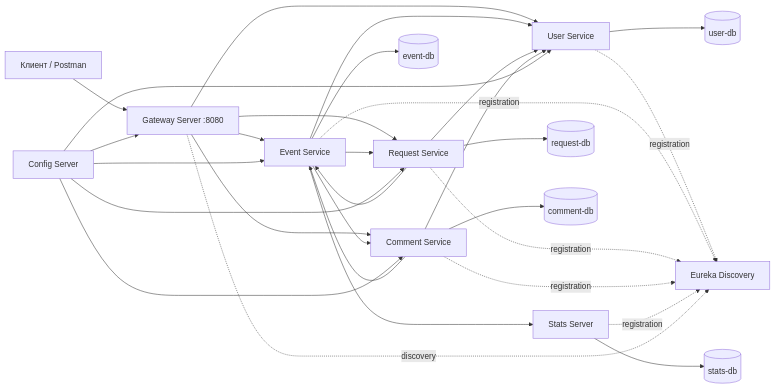
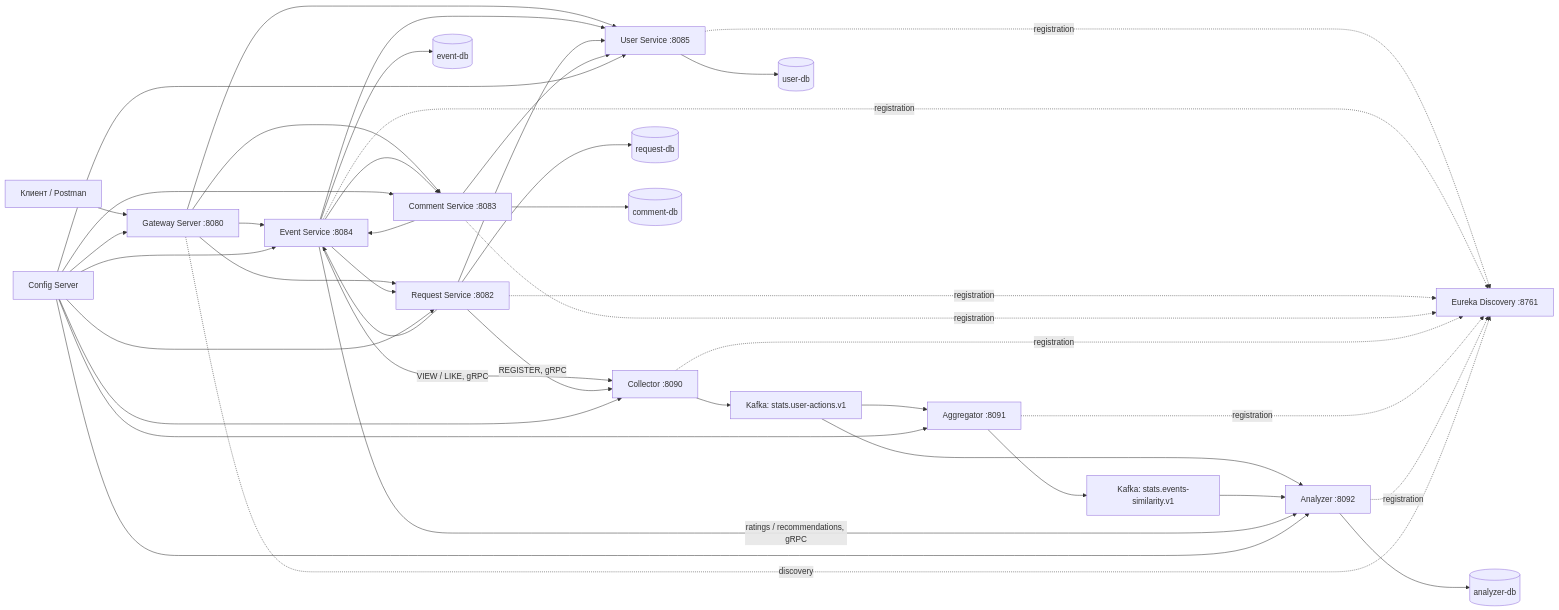
Before and after one commit to se-br20/java-explore-with-me-plus: the diagram in README.md, drawn with Mermaid. The commit also changed other lines of this file and 125 other files, not shown here.

````diff
--- a/README.md
+++ b/README.md
@@ -24,39 +33,53 @@
 ```mermaid
 flowchart LR
     Client[Клиент / Postman] --> Gateway[Gateway Server :8080]
 
-    Gateway --> User[User Service]
-    Gateway --> Event[Event Service]
-    Gateway --> Request[Request Service]
-    Gateway --> Comment[Comment Service]
+    Gateway --> User[User Service :8085]
+    Gateway --> Event[Event Service :8084]
+    Gateway --> Request[Request Service :8082]
+    Gateway --> Comment[Comment Service :8083]
 
     Event --> User
     Event --> Request
     Event --> Comment
-    Event --> Stats[Stats Server]
-
     Request --> User
     Request --> Event
-
     Comment --> User
     Comment --> Event
+
+    Event -- VIEW / LIKE, gRPC --> Collector[Collector :8090]
+    Request -- REGISTER, gRPC --> Collector
+
+    Collector --> UserActions[Kafka: stats.user-actions.v1]
+    UserActions --> Aggregator[Aggregator :8091]
+    UserActions --> Analyzer[Analyzer :8092]
+
+    Aggregator --> Similarities[Kafka: stats.events-similarity.v1]
+    Similarities --> Analyzer
+
+    Event -- ratings / recommendations, gRPC --> Analyzer
+    Analyzer --> AnalyzerDB[(analyzer-db)]
 
     User --> UserDB[(user-db)]
     Event --> EventDB[(event-db)]
     Request --> RequestDB[(request-db)]
     Comment --> CommentDB[(comment-db)]
-    Stats --> StatsDB[(stats-db)]
 
-    User -. registration .-> Eureka[Eureka Discovery]
+    User -. registration .-> Eureka[Eureka Discovery :8761]
     Event -. registration .-> Eureka
     Request -. registration .-> Eureka
     Comment -. registration .-> Eureka
-    Stats -. registration .-> Eureka
+    Collector -. registration .-> Eureka
+    Aggregator -. registration .-> Eureka
+    Analyzer -. registration .-> Eureka
     Gateway -. discovery .-> Eureka
 
     Config[Config Server] --> Gateway
     Config --> User
     Config --> Event
     Config --> Request
     Config --> Comment
+    Config --> Collector
+    Config --> Aggregator
+    Config --> Analyzer
 ```
````
